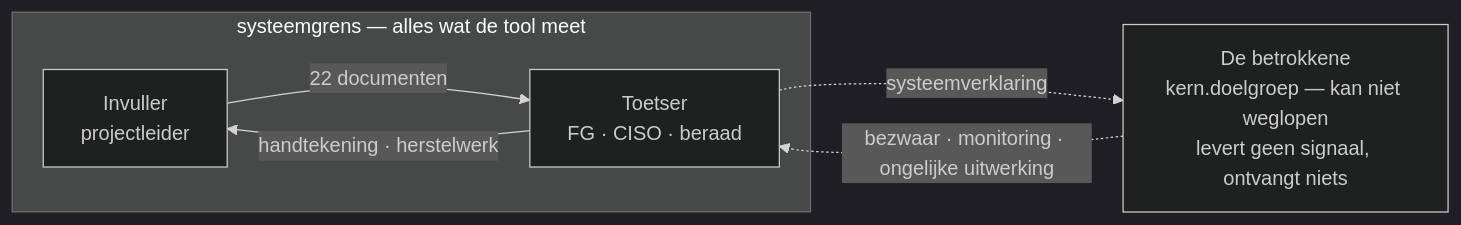
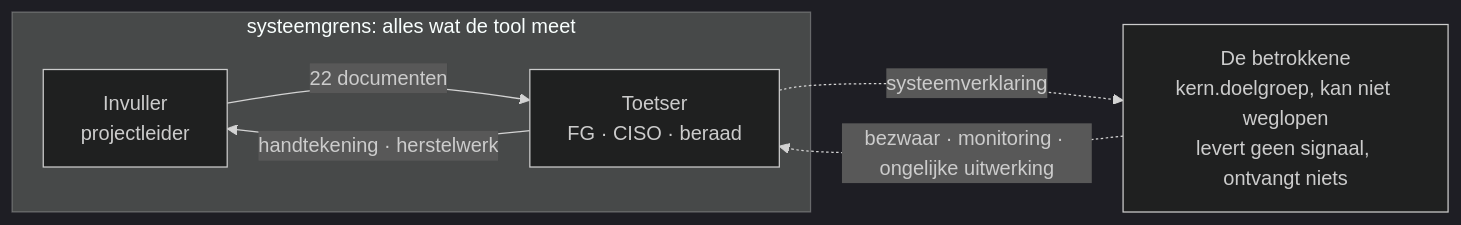
Before and after one commit to MinFin-NL/invulhulp: the third of 3 diagrams in docs/systeemanalyse-invulhulp-in-het-stelsel.md, drawn with Mermaid (dark theme). The commit also changed other lines of this file and 14 other files, not shown here.

````diff
--- a/docs/systeemanalyse-invulhulp-in-het-stelsel.md
+++ b/docs/systeemanalyse-invulhulp-in-het-stelsel.md
@@ -197,12 +190,12 @@
 ```mermaid
 flowchart LR
-    subgraph grens["systeemgrens — alles wat de tool meet"]
+    subgraph grens["systeemgrens: alles wat de tool meet"]
         I["Invuller<br/>projectleider"]
         T["Toetser<br/>FG · CISO · beraad"]
         I -- "22 documenten" --> T
         T -- "handtekening · herstelwerk" --> I
     end
-    B["De betrokkene<br/>kern.doelgroep — kan niet weglopen<br/>levert geen signaal, ontvangt niets"]
+    B["De betrokkene<br/>kern.doelgroep, kan niet weglopen<br/>levert geen signaal, ontvangt niets"]
     T -. "systeemverklaring" .-> B
     B -. "bezwaar · monitoring · ongelijke uitwerking" .-> T
 ```
````
